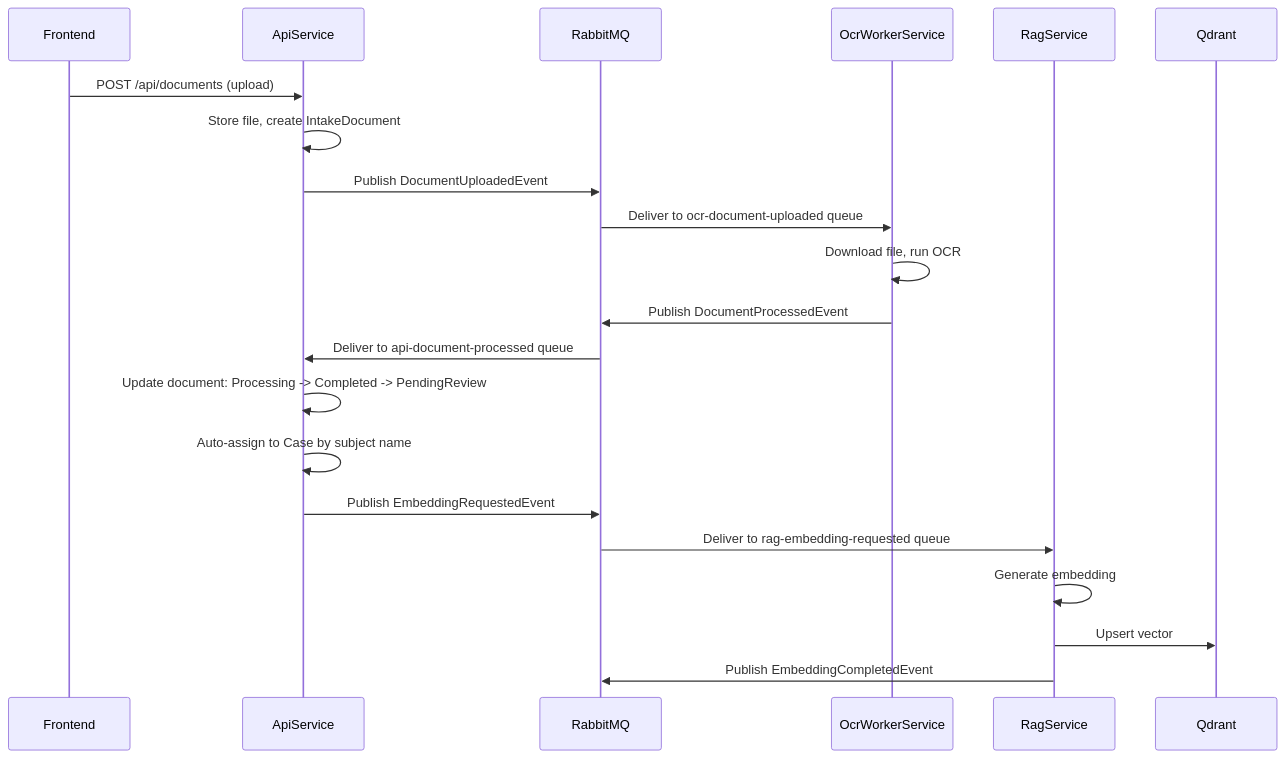
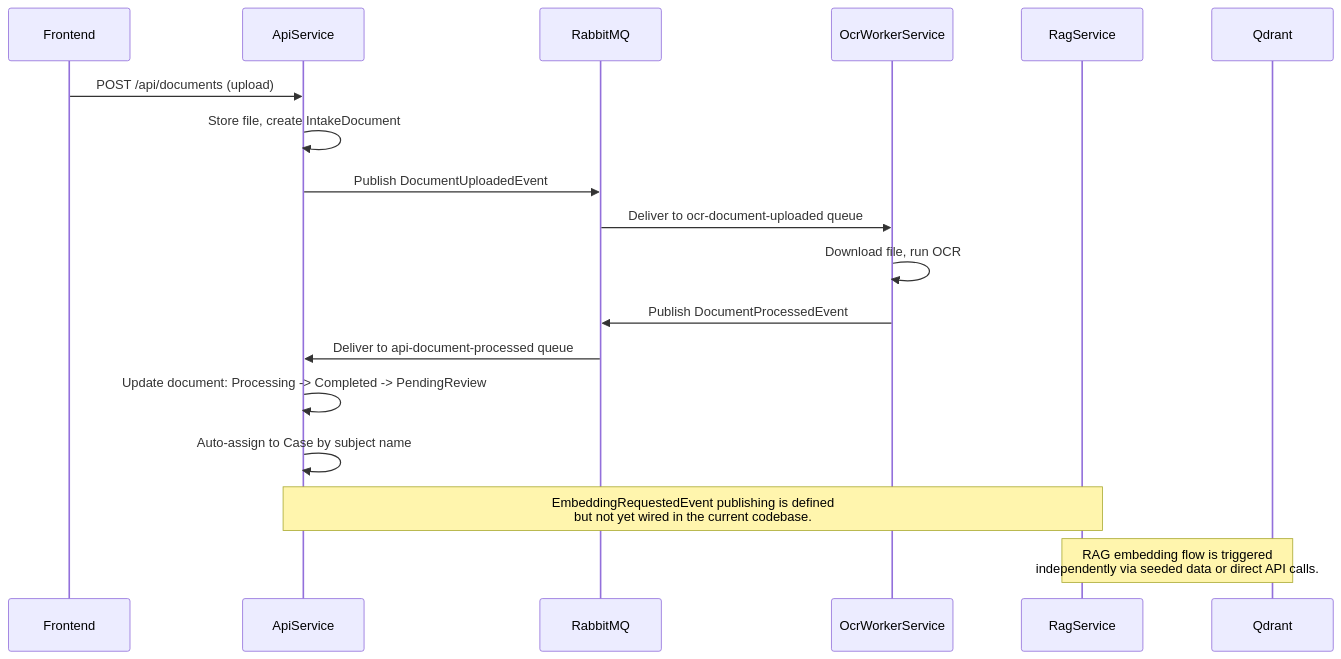
The fifth of 5 diagrams in docs/architecture.md (wfhanna1/ai-case-management-system), drawn with Mermaid before and after one commit. The commit also changed other lines of this file, not shown here.

First line of the commit message:
docs: fix inaccuracies in architecture document

````diff
--- a/docs/architecture.md
+++ b/docs/architecture.md
@@ -337,27 +337,24 @@
 ```mermaid
 sequenceDiagram
     participant FE as Frontend
     participant API as ApiService
     participant RMQ as RabbitMQ
     participant OCR as OcrWorkerService
     participant RAG as RagService
     participant QD as Qdrant
 
     FE->>API: POST /api/documents (upload)
     API->>API: Store file, create IntakeDocument
     API->>RMQ: Publish DocumentUploadedEvent
 
     RMQ->>OCR: Deliver to ocr-document-uploaded queue
     OCR->>OCR: Download file, run OCR
     OCR->>RMQ: Publish DocumentProcessedEvent
 
     RMQ->>API: Deliver to api-document-processed queue
     API->>API: Update document: Processing -> Completed -> PendingReview
     API->>API: Auto-assign to Case by subject name
-    API->>RMQ: Publish EmbeddingRequestedEvent
 
-    RMQ->>RAG: Deliver to rag-embedding-requested queue
-    RAG->>RAG: Generate embedding
-    RAG->>QD: Upsert vector
-    RAG->>RMQ: Publish EmbeddingCompletedEvent
+    Note over API,RAG: EmbeddingRequestedEvent publishing is defined<br/>but not yet wired in the current codebase.
+    Note over RAG,QD: RAG embedding flow is triggered<br/>independently via seeded data or direct API calls.
 ```
````
